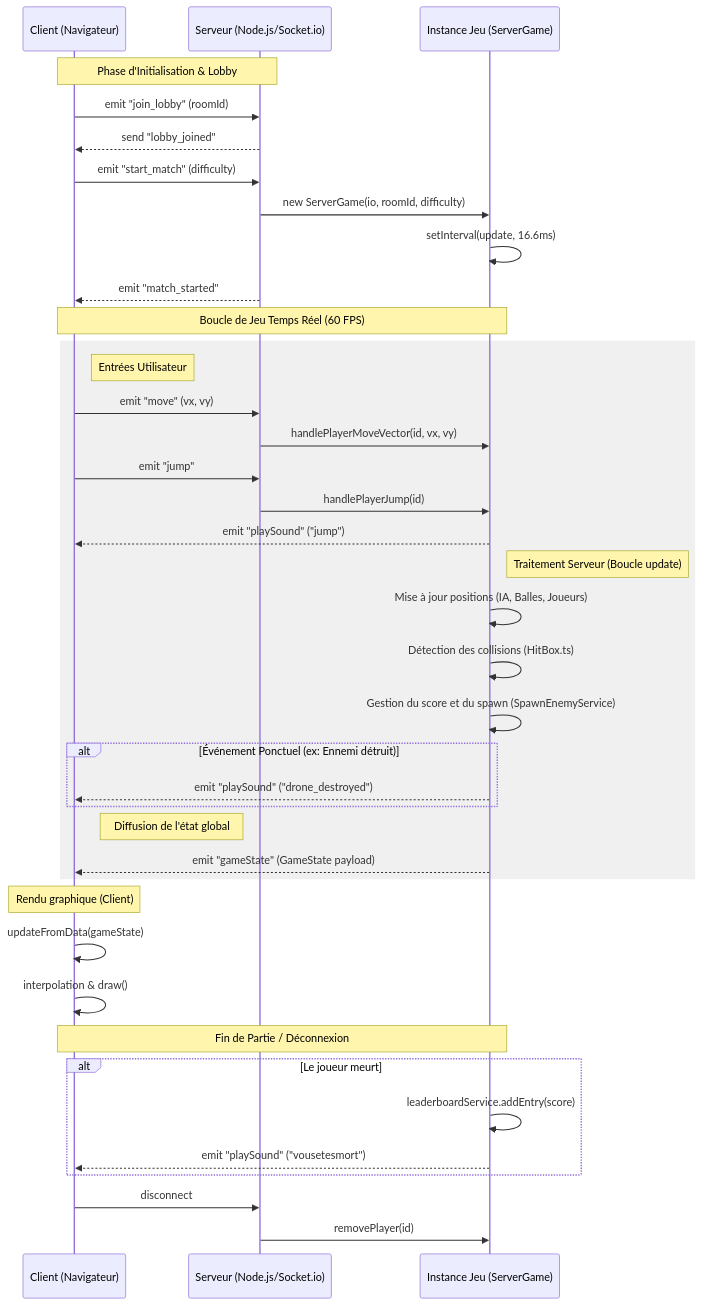
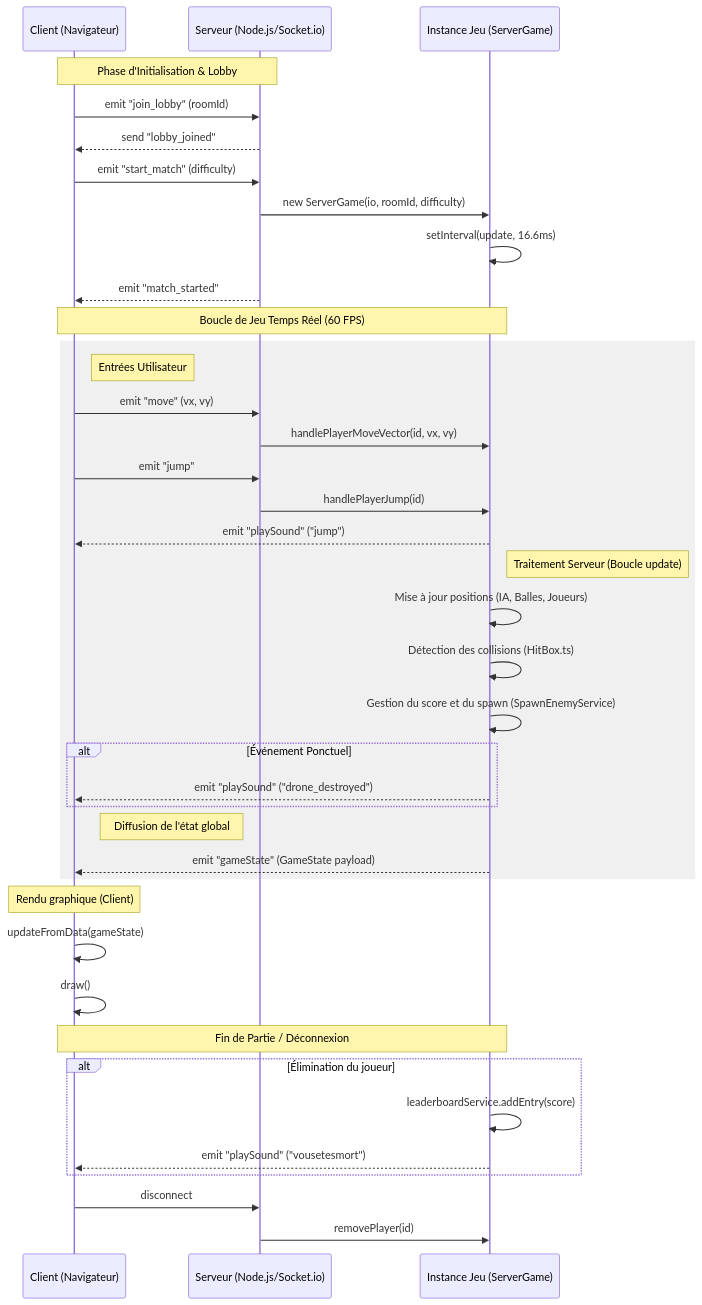
The diagram in README.md (Jonas0o0/shootlevia), drawn with Mermaid before and after one commit. The commit also changed other lines of this file, not shown here.

````diff
--- a/README.md
+++ b/README.md
@@ -5,47 +43,50 @@
 ```mermaid
 sequenceDiagram
     participant C as Client (Navigateur)
     participant S as Serveur (Node.js/Socket.io)
     participant G as Instance Jeu (ServerGame)
+    
     Note over C, S: Phase d'Initialisation & Lobby
     C ->> S: emit "join_lobby" (roomId)
     S -->> C: send "lobby_joined"
     C ->> S: emit "start_match" (difficulty)
     S ->> G: new ServerGame(io, roomId, difficulty)
     G ->> G: setInterval(update, 16.6ms)
     S -->> C: emit "match_started"
+    
     Note over C, G: Boucle de Jeu Temps Réel (60 FPS)
 
     rect rgb(240, 240, 240)
         Note right of C: Entrées Utilisateur
         C ->> S: emit "move" (vx, vy)
         S ->> G: handlePlayerMoveVector(id, vx, vy)
         C ->> S: emit "jump"
         S ->> G: handlePlayerJump(id)
         G -->> C: emit "playSound" ("jump")
+        
         Note right of G: Traitement Serveur (Boucle update)
         G ->> G: Mise à jour positions (IA, Balles, Joueurs)
         G ->> G: Détection des collisions (HitBox.ts)
         G ->> G: Gestion du score et du spawn (SpawnEnemyService)
 
-        alt Événement Ponctuel (ex: Ennemi détruit)
+        alt Événement Ponctuel
             G -->> C: emit "playSound" ("drone_destroyed")
         end
 
         Note left of S: Diffusion de l'état global
         G -->> C: emit "gameState" (GameState payload)
     end
 
     Note over C: Rendu graphique (Client)
     C ->> C: updateFromData(gameState)
-    C ->> C: interpolation & draw()
+    C ->> C: draw()
+    
     Note over C, G: Fin de Partie / Déconnexion
-    alt Le joueur meurt
+    alt Élimination du joueur
         G ->> G: leaderboardService.addEntry(score)
         G -->> C: emit "playSound" ("vousetesmort")
     end
 
     C ->> S: disconnect
     S ->> G: removePlayer(id)
-
 ```
````
